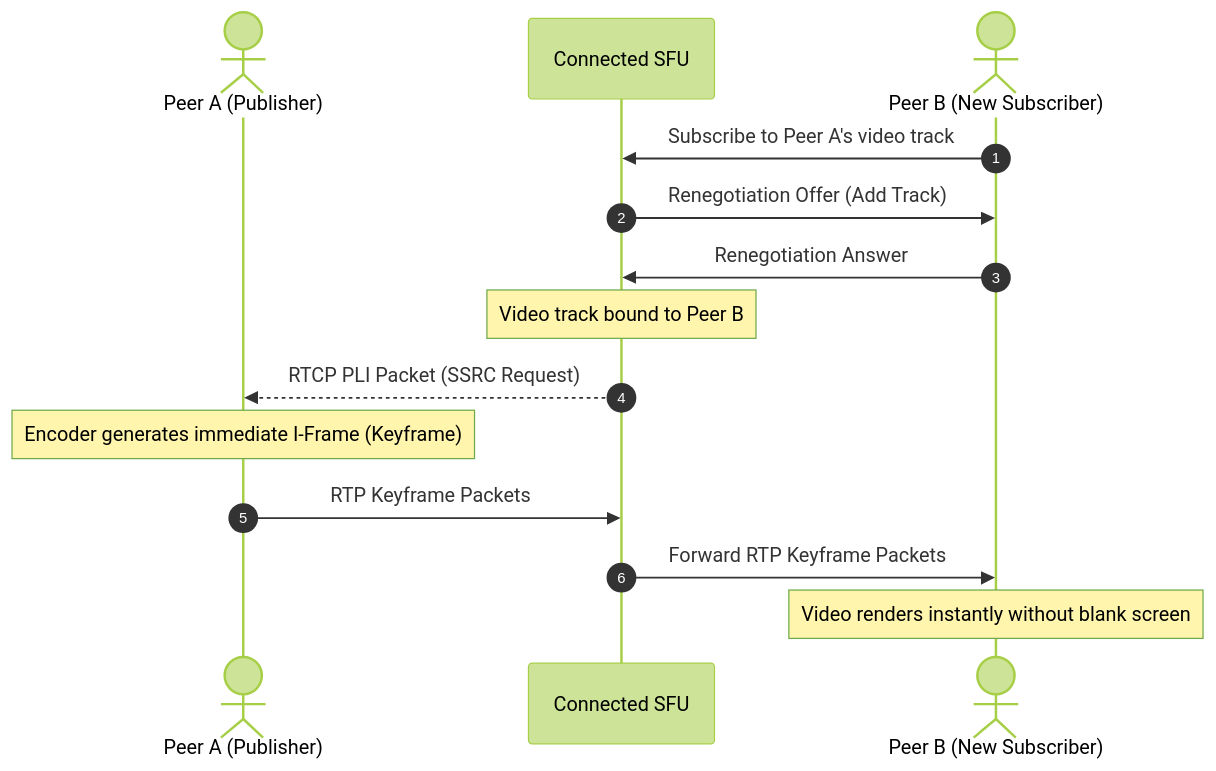
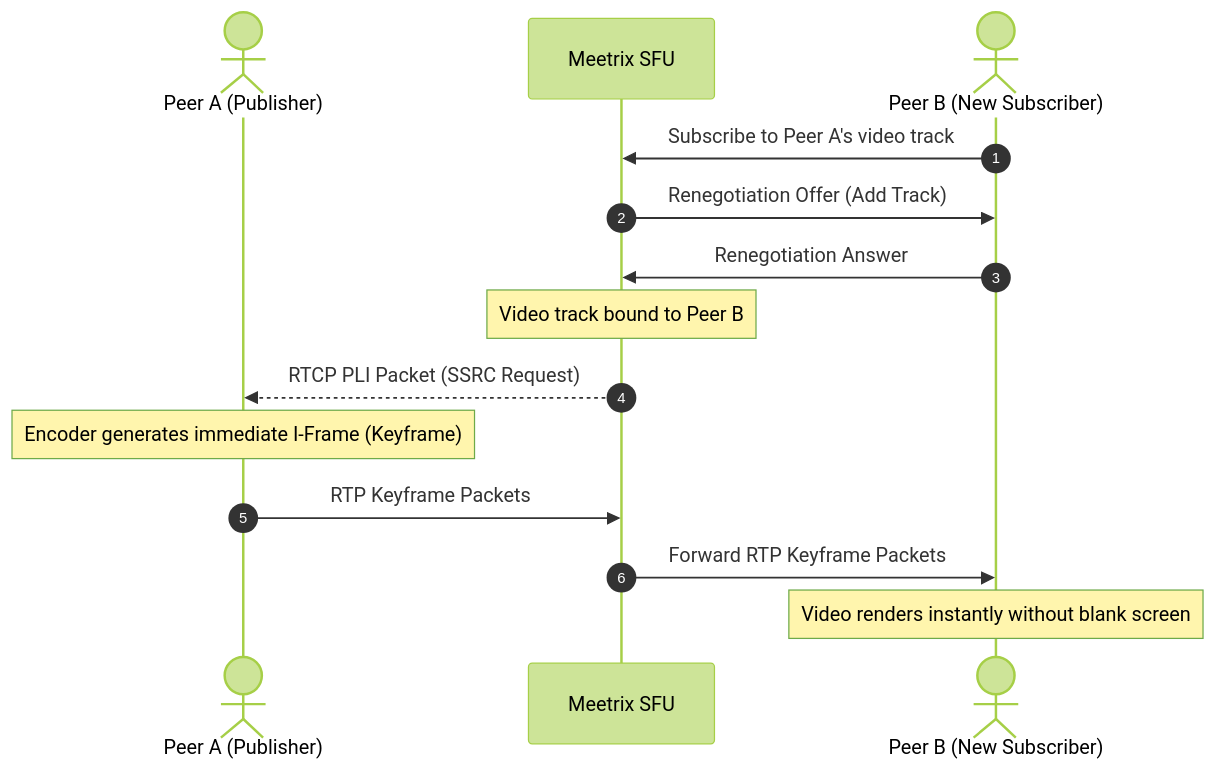
One commit to IsmaCortGtz/meetrix changed the second of 4 diagrams in docs/guide/architecture.md. Above: the diagram before and after it, drawn with Mermaid (forest theme). The commit also changed other lines of this file and 97 other files, not shown here.

````diff
--- a/docs/guide/architecture.md
+++ b/docs/guide/architecture.md
@@ -124,17 +124,17 @@
 ```mermaid
 sequenceDiagram
     autonumber
     actor Publisher as Peer A (Publisher)
-    participant SFU as Connected SFU
+    participant SFU as Meetrix SFU
     actor Subscriber as Peer B (New Subscriber)
 
     Subscriber->>SFU: Subscribe to Peer A's video track
     SFU->>Subscriber: Renegotiation Offer (Add Track)
     Subscriber->>SFU: Renegotiation Answer
     Note over SFU: Video track bound to Peer B
     SFU-->>Publisher: RTCP PLI Packet (SSRC Request)
     Note over Publisher: Encoder generates immediate I-Frame (Keyframe)
     Publisher->>SFU: RTP Keyframe Packets
     SFU->>Subscriber: Forward RTP Keyframe Packets
     Note over Subscriber: Video renders instantly without blank screen
 ```
````
